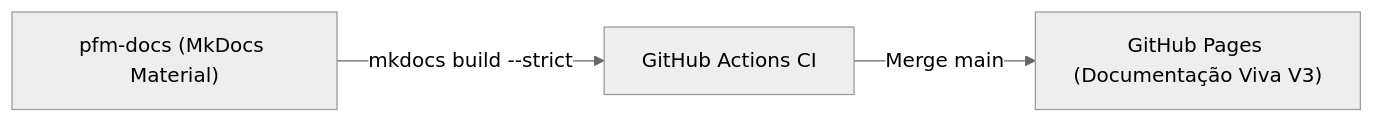
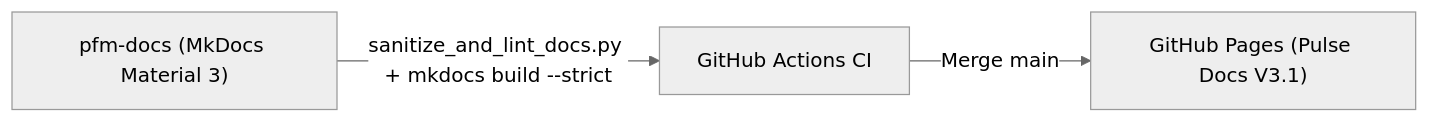
One commit to Sorobanerp/pfm-docs changed the diagram in README.md. Above: the diagram before and after it, drawn with Mermaid (neutral theme). The commit also changed other lines of this file and 28 other files, not shown here.

Commit message:
docs(pulse): implement Material Design 3 UI, ASCII editorial standard and linter

````diff
--- a/README.md
+++ b/README.md
@@ -16,5 +17,5 @@
 ```mermaid
 flowchart LR
-    DOCS["pfm-docs (MkDocs Material)"] -->|mkdocs build --strict| CI["GitHub Actions CI"]
-    CI -->|Merge main| PAGES["GitHub Pages (Documentação Viva V3)"]
+    DOCS["pfm-docs (MkDocs Material 3)"] -->|"sanitize_and_lint_docs.py + mkdocs build --strict"| CI["GitHub Actions CI"]
+    CI -->|"Merge main"| PAGES["GitHub Pages (Pulse Docs V3.1)"]
 ```
````
